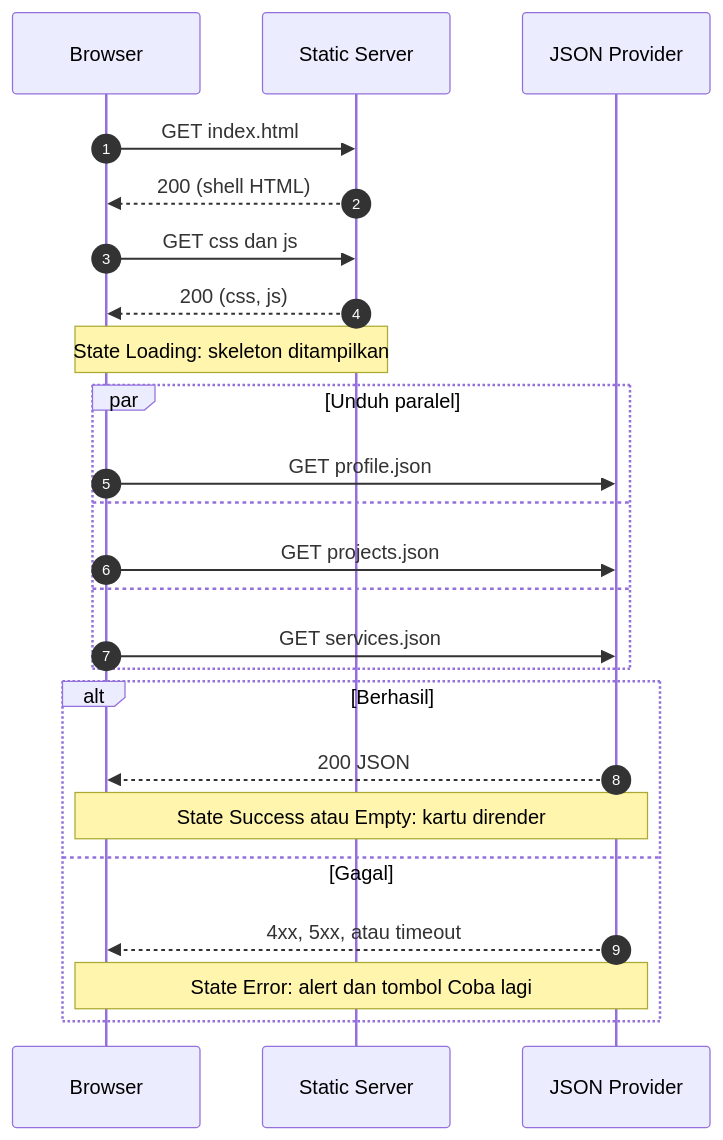
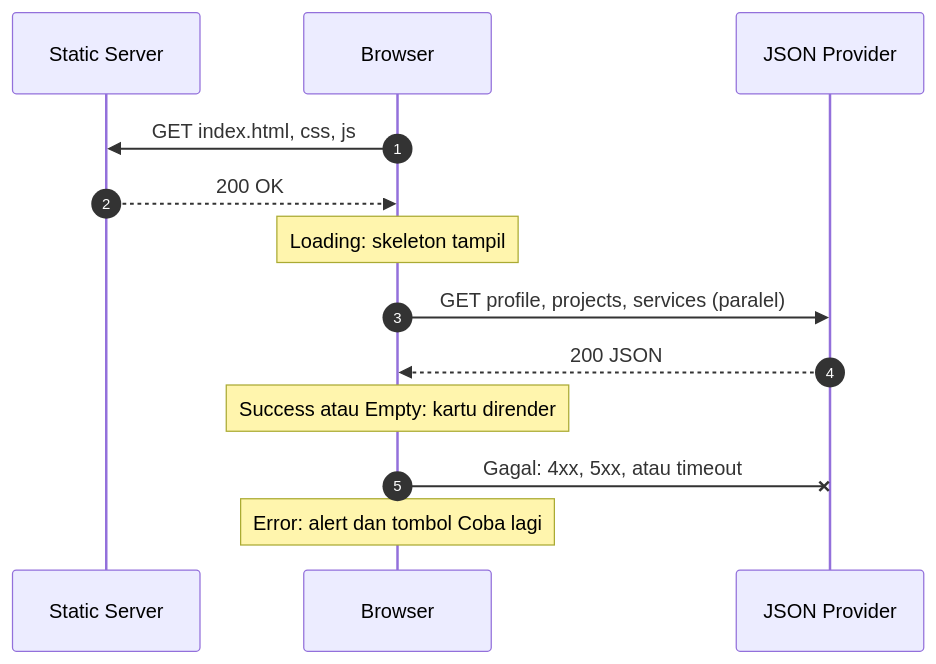
Before and after one commit to FredrickAritonang/ppw-2026-week2-12S24001: the second of 2 diagrams in README.md, drawn with Mermaid.

Commit message:
fix(docs): fix mermaid c4 architecture diagram syntax in readme

````diff
--- a/README.md
+++ b/README.md
@@ -69,29 +69,16 @@
 ```mermaid
 sequenceDiagram
   autonumber
+  participant S as Static Server
   participant B as Browser
-  participant S as Static Server
   participant D as JSON Provider
 
-  B->>S: GET index.html
-  S-->>B: 200 (shell HTML)
-  B->>S: GET css dan js
-  S-->>B: 200 (css, js)
-  Note over B,S: State Loading: skeleton ditampilkan
-
-  par Unduh paralel
-    B->>D: GET profile.json
-  and
-    B->>D: GET projects.json
-  and
-    B->>D: GET services.json
-  end
-
-  alt Berhasil
-    D-->>B: 200 JSON
-    Note over B,D: State Success atau Empty: kartu dirender
-  else Gagal
-    D-->>B: 4xx, 5xx, atau timeout
-    Note over B,D: State Error: alert dan tombol Coba lagi
-  end
+  B->>S: GET index.html, css, js
+  S-->>B: 200 OK
+  Note over B: Loading: skeleton tampil
+  B->>D: GET profile, projects, services (paralel)
+  D-->>B: 200 JSON
+  Note over B: Success atau Empty: kartu dirender
+  B-xD: Gagal: 4xx, 5xx, atau timeout
+  Note over B: Error: alert dan tombol Coba lagi
 ```
````
